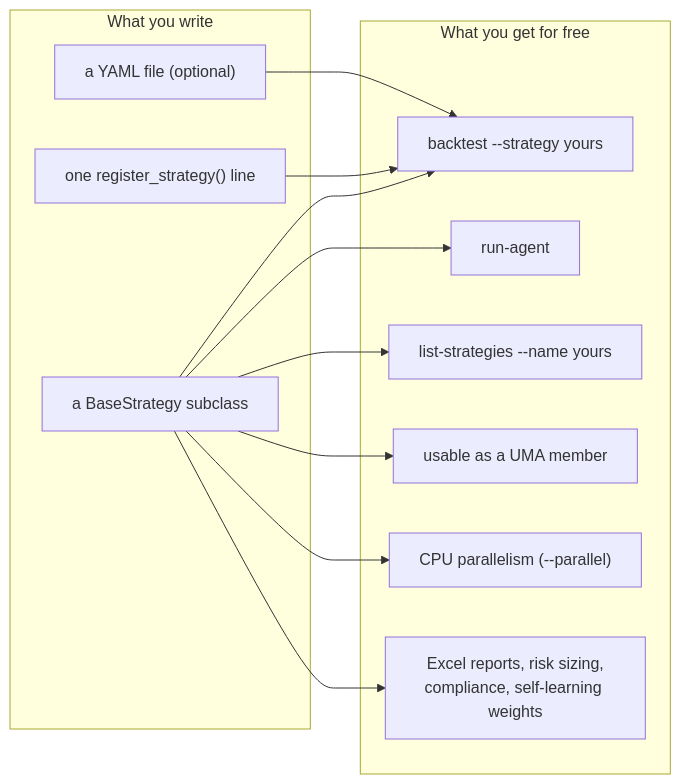
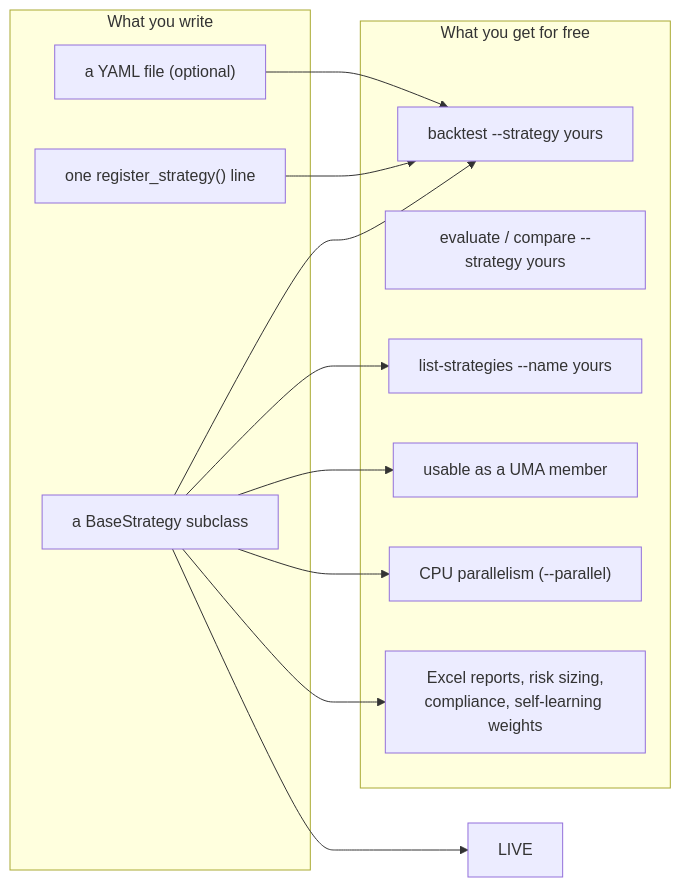
One commit to 3dwag98/afa changed the first of 4 diagrams in docs/STRATEGIES.md. Above: the diagram before and after it, drawn with Mermaid. The commit also changed other lines of this file and 2 other files, not shown here.

First line of the commit message:
Remove run-agent from the user-facing docs

````diff
--- a/docs/STRATEGIES.md
+++ b/docs/STRATEGIES.md
@@ -36,24 +36,24 @@
 ```mermaid
 flowchart LR
     subgraph you["What you write"]
         CLS["a BaseStrategy subclass"]
         REG["one register_strategy() line"]
         YML["a YAML file (optional)"]
     end
     subgraph free["What you get for free"]
         BT["backtest --strategy yours"]
-        LIVE["run-agent"]
+        EV["evaluate / compare --strategy yours"]
         LS["list-strategies --name yours"]
         UMA["usable as a UMA member"]
         PAR["CPU parallelism (--parallel)"]
         REP["Excel reports, risk sizing,<br/>compliance, self-learning weights"]
     end
     CLS --> BT
     REG --> BT
     YML --> BT
     CLS --> LIVE
     CLS --> LS
     CLS --> UMA
     CLS --> PAR
     CLS --> REP
 ```
````
